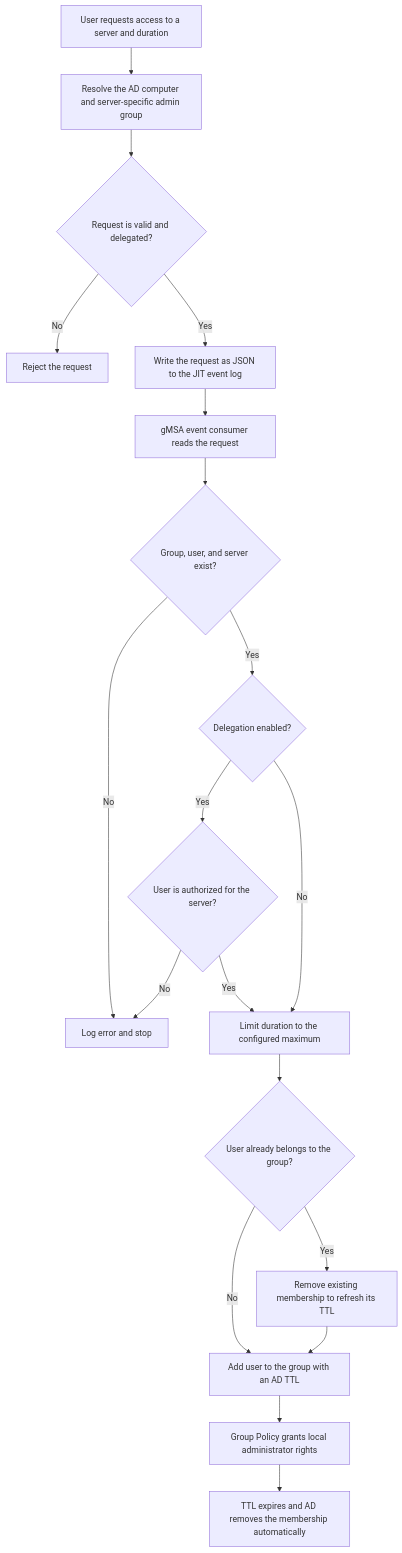
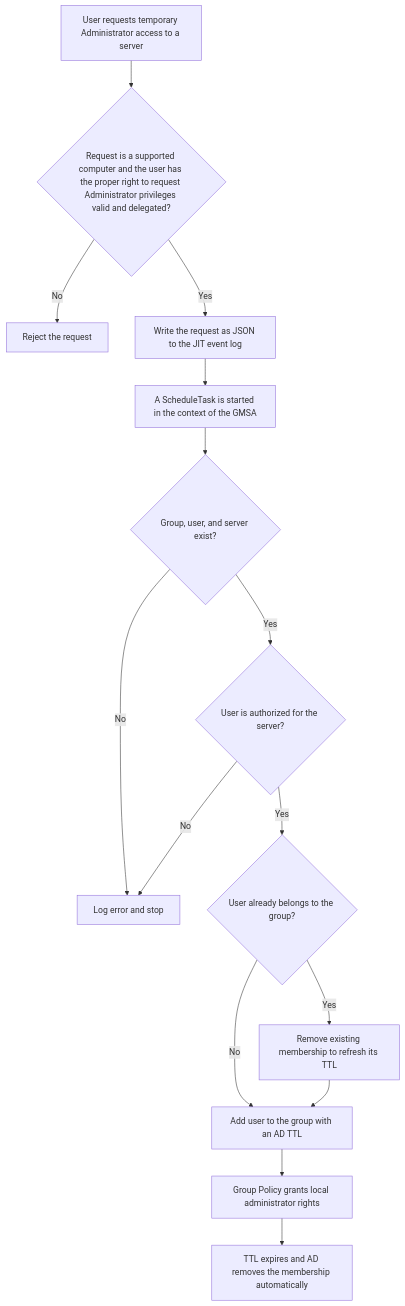
Before and after one commit to Kili69/T1JIT: the diagram in README.md, drawn with Mermaid. The commit also changed other lines of this file and 341 other files, not shown here.

````diff
--- a/README.md
+++ b/README.md
@@ -67,21 +83,18 @@
 ```mermaid
 flowchart TD
-    Request[User requests access to a server and duration] --> ResolveServer[Resolve the AD computer and server-specific admin group]
-    ResolveServer --> RequestAllowed{Request is valid and delegated?}
+    Request[User requests temporary Administrator access to a server] -->
+    RequestAllowed{Request is a supported computer and the user has the proper right to request Administrator privileges valid and delegated?}
     RequestAllowed -->|No| RejectRequest[Reject the request]
     RequestAllowed -->|Yes| EventLog[Write the request as JSON to the JIT event log]
-    EventLog --> Consumer[gMSA event consumer reads the request]
+    EventLog --> Consumer[A ScheduleTask is started in the context of the GMSA]
     Consumer --> ObjectsExist{Group, user, and server exist?}
     ObjectsExist -->|No| RejectEvent[Log error and stop]
-    ObjectsExist -->|Yes| Delegation{Delegation enabled?}
-    Delegation -->|Yes| Authorized{User is authorized for the server?}
+    ObjectsExist -->|Yes| Authorized{User is authorized for the server?}
     Authorized -->|No| RejectEvent
-    Authorized -->|Yes| LimitDuration[Limit duration to the configured maximum]
-    Delegation -->|No| LimitDuration
-    LimitDuration --> Existing{User already belongs to the group?}
+    Authorized -->|Yes| Existing{User already belongs to the group?}
     Existing -->|Yes| RemoveExisting[Remove existing membership to refresh its TTL]
     Existing -->|No| AddWithTtl[Add user to the group with an AD TTL]
     RemoveExisting --> AddWithTtl
     AddWithTtl --> LocalAdmin[Group Policy grants local administrator rights]
     LocalAdmin --> Expire[TTL expires and AD removes the membership automatically]
 ```
````
